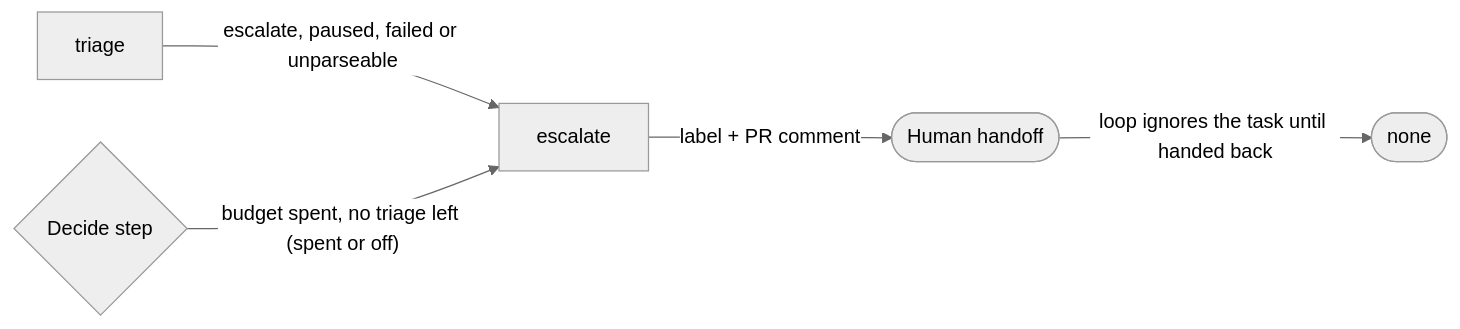
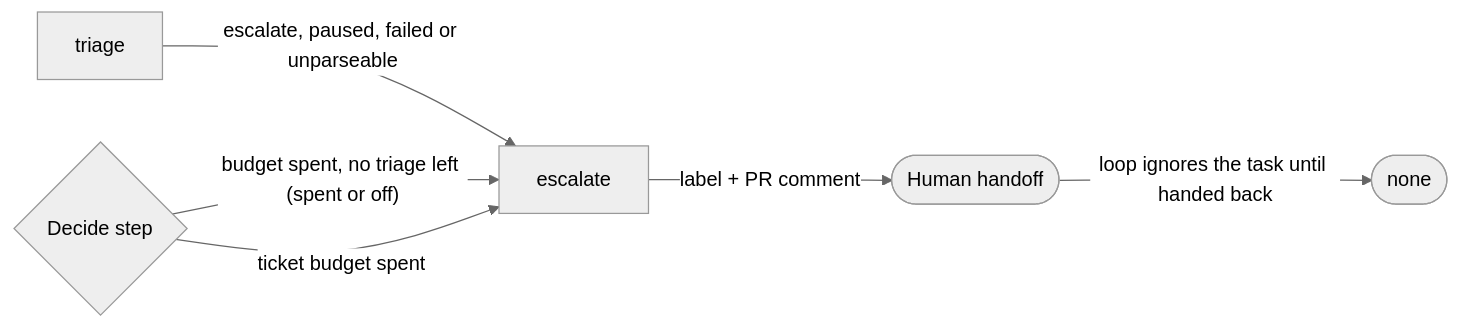
Before and after one commit to kehuydietlatoi/harness_orchestrator: the tenth of 18 diagrams in docs/FLOWS.md, drawn with Mermaid (neutral theme). The commit also changed other lines of this file and 24 other files, not shown here.

````diff
--- a/docs/FLOWS.md
+++ b/docs/FLOWS.md
@@ -547,12 +548,13 @@
 ```mermaid
 flowchart LR
     n43{"Decide step"}
     n44(["none"])
     n53["triage"]
     n54["escalate"]
     n55(["Human handoff"])
   n53 -->|"escalate, paused, failed or unparseable"| n54
   n43 -->|"budget spent, no triage left (spent or off)"| n54
+  n43 -->|"ticket budget spent"| n54
   n54 -->|"label + PR comment"| n55
   n55 -->|"loop ignores the task until handed back"| n44
 ```
````
